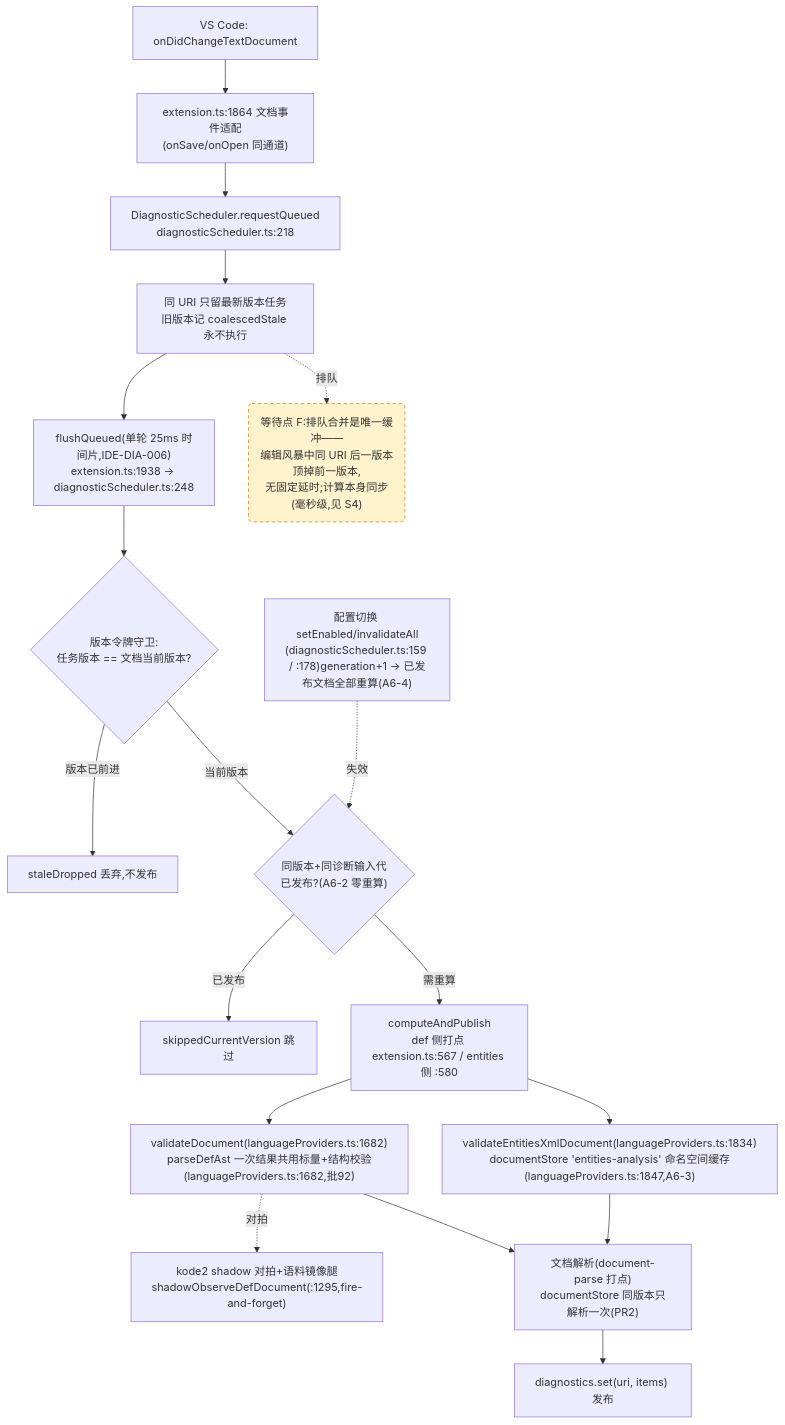
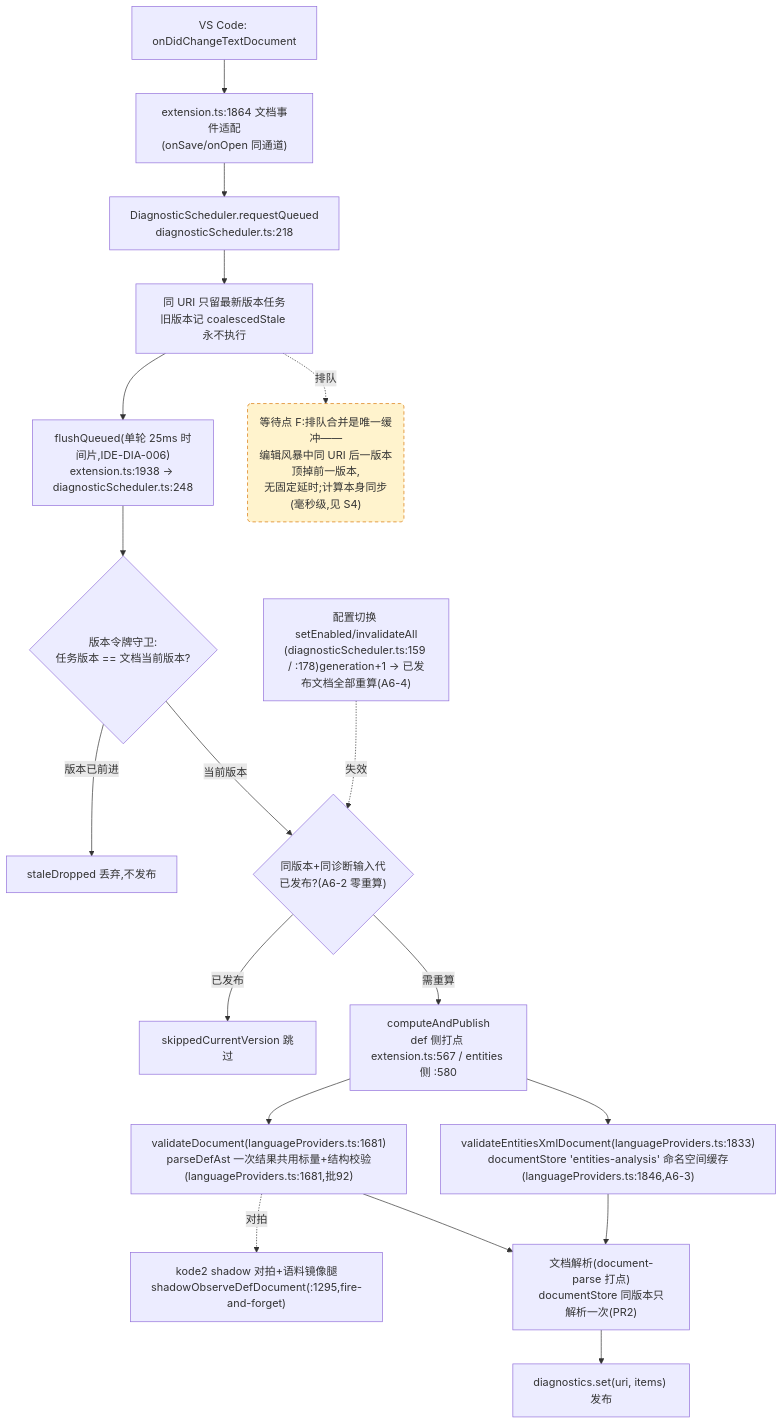
One commit to cuihairu/kode changed the fourth of 4 diagrams in docs/perf/2026-baseline.md. Above: the diagram before and after it, drawn with Mermaid. The commit also changed other lines of this file and 4 other files, not shown here.

````diff
--- a/docs/perf/2026-baseline.md
+++ b/docs/perf/2026-baseline.md
@@ -214,38 +214,38 @@
 ```mermaid
 flowchart TD
   CHG["VS Code: onDidChangeTextDocument"]
   WATCH["extension.ts:1864 文档事件适配<br/>(onSave/onOpen 同通道)"]
   RQ["DiagnosticScheduler.requestQueued<br/>diagnosticScheduler.ts:218"]
   CO["同 URI 只留最新版本任务<br/>旧版本记 coalescedStale 永不执行"]
   FL["flushQueued(单轮 25ms 时间片,IDE-DIA-006)<br/>extension.ts:1938 → diagnosticScheduler.ts:248"]
   VG{"版本令牌守卫:<br/>任务版本 == 文档当前版本?"}
   DROP["staleDropped 丢弃,不发布"]
   GEN{"同版本+同诊断输入代<br/>已发布?(A6-2 零重算)"}
   SKIP["skippedCurrentVersion 跳过"]
   CALC["computeAndPublish<br/>def 侧打点 extension.ts:567 / entities 侧 :580"]
-  VD["validateDocument(languageProviders.ts:1682)<br/>parseDefAst 一次结果共用标量+结构校验(languageProviders.ts:1682,批92)"]
-  VEX["validateEntitiesXmlDocument(languageProviders.ts:1834)<br/>documentStore 'entities-analysis' 命名空间缓存(languageProviders.ts:1847,A6-3)"]
+  VD["validateDocument(languageProviders.ts:1681)<br/>parseDefAst 一次结果共用标量+结构校验(languageProviders.ts:1681,批92)"]
+  VEX["validateEntitiesXmlDocument(languageProviders.ts:1833)<br/>documentStore 'entities-analysis' 命名空间缓存(languageProviders.ts:1846,A6-3)"]
   SHDD["kode2 shadow 对拍+语料镜像腿<br/>shadowObserveDefDocument(:1295,fire-and-forget)"]
   DS["文档解析(document-parse 打点)<br/>documentStore 同版本只解析一次(PR2)"]
   PUB["diagnostics.set(uri, items) 发布"]
   CFG2["配置切换 setEnabled/invalidateAll<br/>(diagnosticScheduler.ts:159 / :178)generation+1 → 已发布文档全部重算(A6-4)"]
 
   CHG --> WATCH --> RQ --> CO --> FL --> VG
   VG -- "版本已前进" --> DROP
   VG -- "当前版本" --> GEN
   GEN -- "已发布" --> SKIP
   GEN -- "需重算" --> CALC
   CALC --> VD
   CALC --> VEX
   VD --> DS
   VEX --> DS
   DS --> PUB
   VD -.->|对拍| SHDD
   CFG2 -.->|失效| GEN
 
   WAITF("等待点 F:排队合并是唯一缓冲——<br/>编辑风暴中同 URI 后一版本顶掉前一版本,<br/>无固定延时;计算本身同步(毫秒级,见 S4)")
   CO -.->|排队| WAITF
 
   classDef waitPoint fill:#fff3cd,stroke:#d97706,stroke-dasharray:5 4;
   class WAITF waitPoint;
 ```
````
